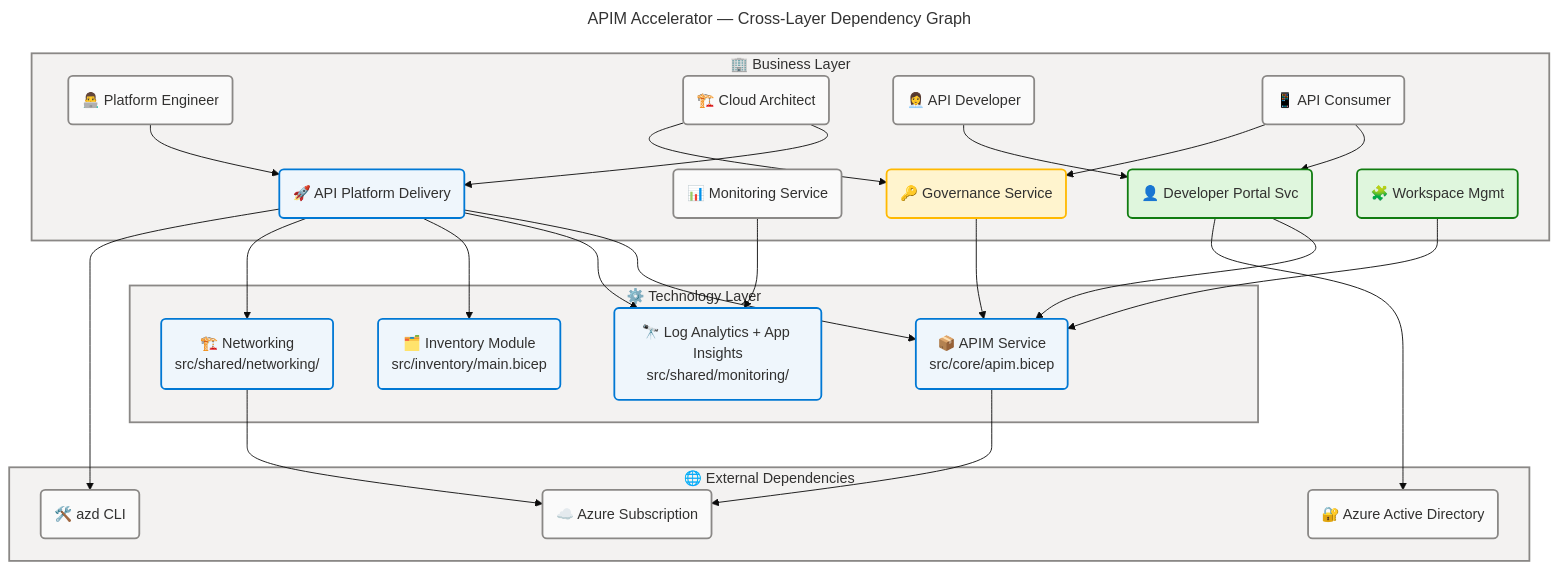
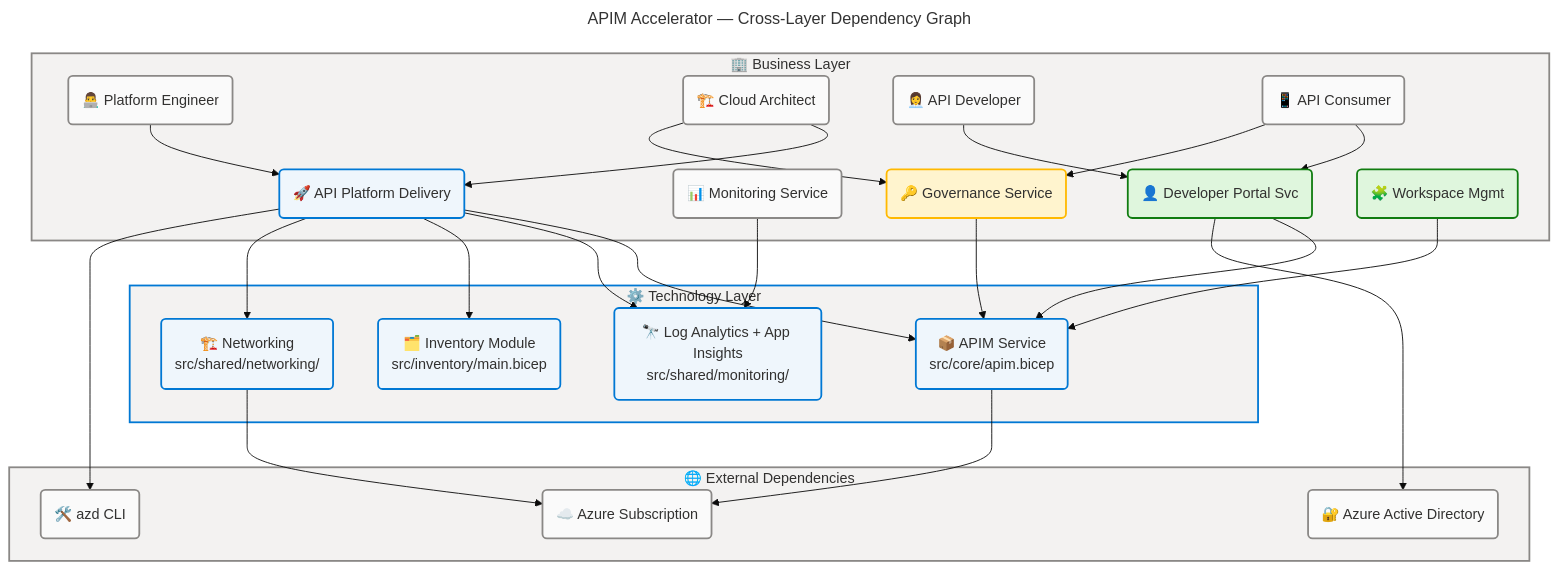
One commit to Evilazaro/APIM-Accelerator changed the sixth of 6 diagrams in docs/architecture/business-architecture.md. Above: the diagram before and after it, drawn with Mermaid. The commit also changed other lines of this file and 3 other files, not shown here.

Commit message:
style: update flowchart colors for consistency and improved clarity across architecture documentation

````diff
--- a/docs/architecture/business-architecture.md
+++ b/docs/architecture/business-architecture.md
@@ -798,80 +798,80 @@
 ```mermaid
 ---
 title: "APIM Accelerator — Cross-Layer Dependency Graph"
 config:
   theme: base
   look: classic
   layout: dagre
   themeVariables:
     fontSize: '16px'
   flowchart:
     htmlLabels: true
 ---
 flowchart TB
     accTitle: APIM Accelerator Cross-Layer Dependency Graph
     accDescr: Directed dependency graph showing Platform Engineer, Cloud Architect, API Developer, and API Consumer actors depending on business services which depend on Technology layer resources and external Azure services
 
     %% ═══════════════════════════════════════════════════════════════════════════
     %% AZURE / FLUENT ARCHITECTURE PATTERN v1.1
     %% (Semantic + Structural + Font + Accessibility Governance)
     %% ═══════════════════════════════════════════════════════════════════════════
     %% PHASE 1 - FLUENT UI: All styling uses approved Fluent UI palette only
     %% PHASE 2 - GROUPS: Every subgraph has semantic color via style directive
     %% PHASE 3 - COMPONENTS: Every node has semantic classDef + icon prefix
     %% PHASE 4 - ACCESSIBILITY: accTitle/accDescr present, WCAG AA contrast
     %% PHASE 5 - STANDARD: Governance block present, classDefs centralized
     %% ═══════════════════════════════════════════════════════════════════════════
 
     subgraph bizLayer["🏢 Business Layer"]
         a1("👨‍💻 Platform Engineer"):::neutral
         a2("🏗️ Cloud Architect"):::neutral
         a3("👩‍💼 API Developer"):::neutral
         a4("📱 API Consumer"):::neutral
         bs1("🚀 API Platform Delivery"):::core
         bs2("📊 Monitoring Service"):::neutral
         bs3("🔑 Governance Service"):::warning
         bs4("👤 Developer Portal Svc"):::success
         bs5("🧩 Workspace Mgmt"):::success
     end
 
     subgraph techLayer["⚙️ Technology Layer"]
         t1("📦 APIM Service<br>src/core/apim.bicep"):::core
         t2("🔭 Log Analytics + App Insights<br>src/shared/monitoring/"):::core
         t3("🗂️ Inventory Module<br>src/inventory/main.bicep"):::core
         t4("🏗️ Networking<br>src/shared/networking/"):::core
     end
 
     subgraph extLayer["🌐 External Dependencies"]
         e1("☁️ Azure Subscription"):::neutral
         e2("🔐 Azure Active Directory"):::neutral
         e3("🛠️ azd CLI"):::neutral
     end
 
     a1 --> bs1
     a2 --> bs1
     a2 --> bs3
     a3 --> bs4
     a4 --> bs4
     a4 --> bs3
     bs1 --> t1
     bs1 --> t2
     bs1 --> t3
     bs1 --> t4
     bs2 --> t2
     bs3 --> t1
     bs4 --> t1
     bs5 --> t1
     t1 --> e1
     t4 --> e1
     bs4 --> e2
     bs1 --> e3
 
     style bizLayer fill:#F3F2F1,stroke:#8A8886,stroke-width:2px,color:#323130
-    style techLayer fill:#F3F2F1,stroke:#8A8886,stroke-width:2px,color:#323130
+    style techLayer fill:#F3F2F1,stroke:#0078D4,stroke-width:2px,color:#323130
     style extLayer fill:#F3F2F1,stroke:#8A8886,stroke-width:2px,color:#323130
 
     classDef core fill:#EFF6FC,stroke:#0078D4,stroke-width:2px,color:#323130
     classDef neutral fill:#FAFAFA,stroke:#8A8886,stroke-width:2px,color:#323130
     classDef warning fill:#FFF4CE,stroke:#FFB900,stroke-width:2px,color:#323130
     classDef success fill:#DFF6DD,stroke:#107C10,stroke-width:2px,color:#323130
 ```
````
